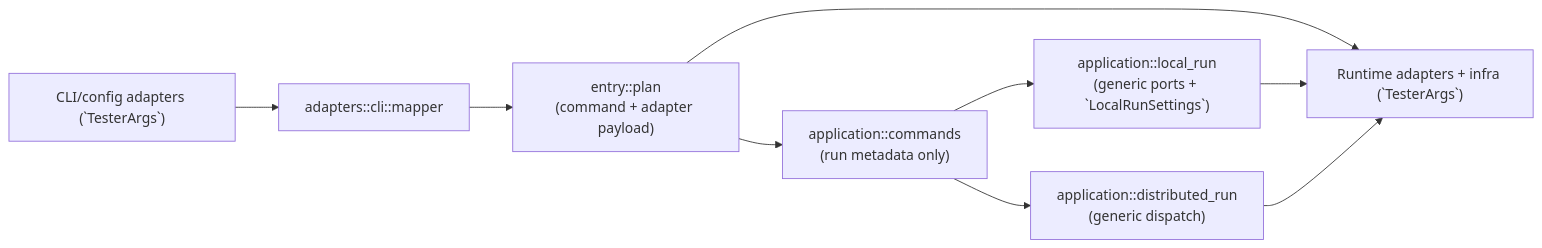
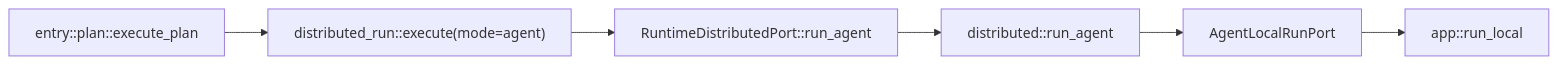
One commit to Lythaeon/strest changed the seventh of 7 diagrams in docs/architecture/ard/ARCHITECTURE_OVERVIEW.md. Above: the diagram before and after it, drawn with Mermaid. The commit also changed other lines of this file and 41 other files, not shown here.

Commit message:
feat: finalize phase7 boundaries and add architecture technical patterns

````diff
--- a/docs/architecture/ard/ARCHITECTURE_OVERVIEW.md
+++ b/docs/architecture/ard/ARCHITECTURE_OVERVIEW.md
@@ -63,18 +103,8 @@
 ```mermaid
 flowchart LR
-  cli["CLI/config adapters (`TesterArgs`)"]
-  mapper["adapters::cli::mapper"]
-  plan["entry::plan\n(command + adapter payload)"]
-  appcmd["application::commands\n(run metadata only)"]
-  applocal["application::local_run\n(generic ports + `LocalRunSettings`)"]
-  appdist["application::distributed_run\n(generic dispatch)"]
-  runtime["Runtime adapters + infra (`TesterArgs`)"]
-
-  cli --> mapper --> plan
-  plan --> appcmd
-  appcmd --> applocal
-  appcmd --> appdist
-  plan --> runtime
-  applocal --> runtime
-  appdist --> runtime
+  p["entry::plan::execute_plan"] --> a["distributed_run::execute(mode=agent)"]
+  a --> r["RuntimeDistributedPort::run_agent"]
+  r --> d["distributed::run_agent"]
+  d --> port["AgentLocalRunPort"]
+  port --> l["app::run_local"]
 ```
````
